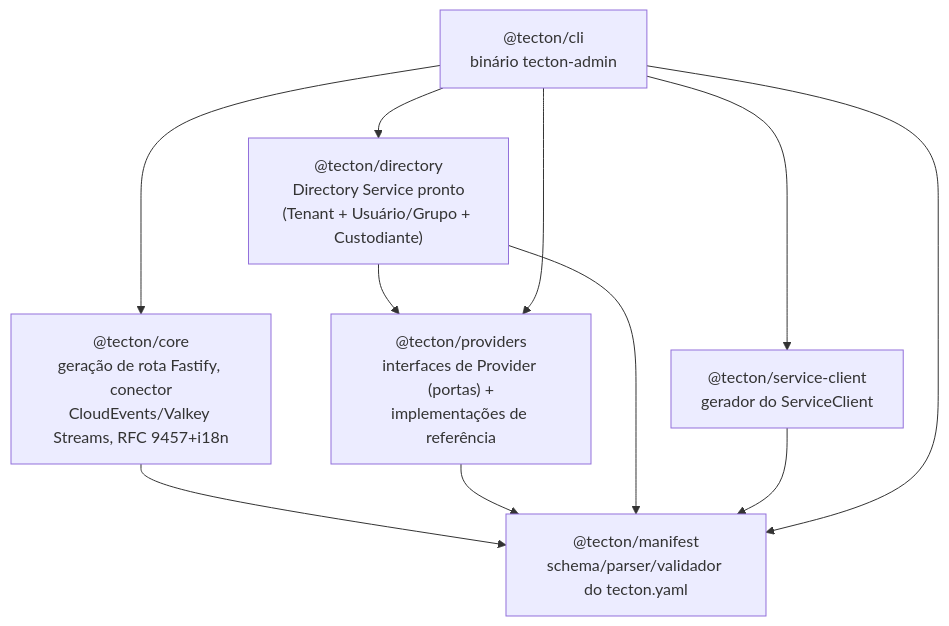
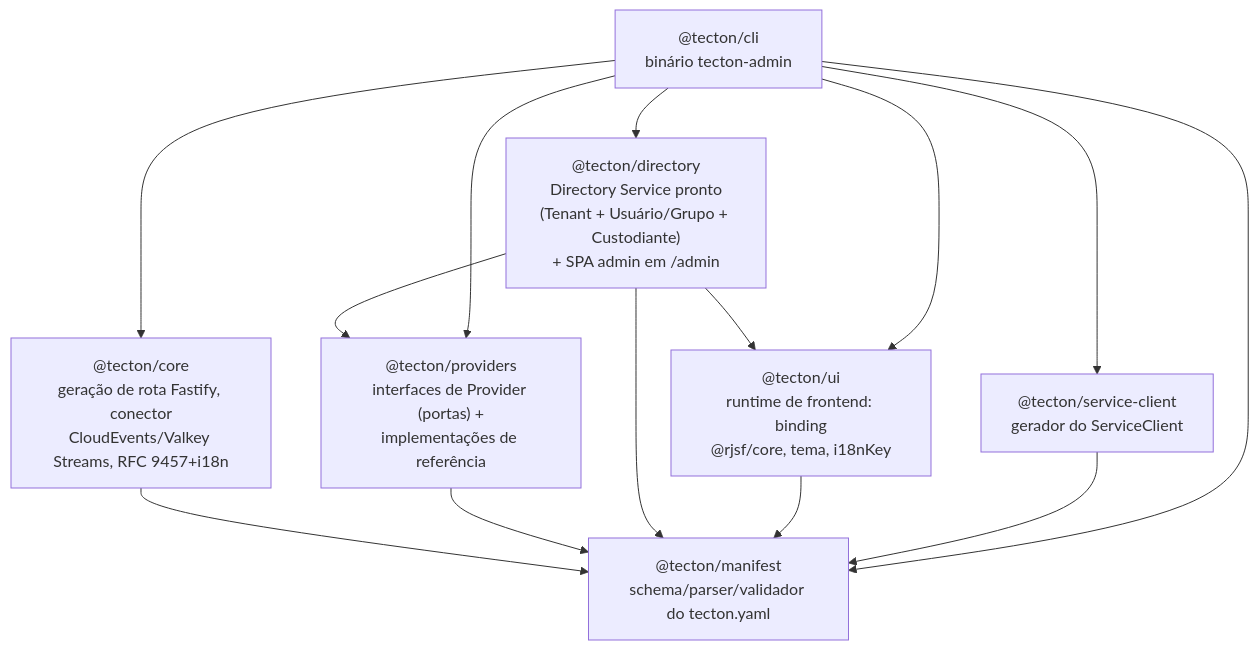
Before and after one commit to rvavretchek/tecton: the first of 8 diagrams in _bmad-output/planning-artifacts/architecture/architecture-Tecton-2026-08-28/UML.md, drawn with Mermaid. The commit also changed other lines of this file and 10 other files, not shown here.

First line of the commit message:
Arquitetura Tecton: adiciona AD-10 (fronteira de frontend @tecton/ui)

````diff
--- a/_bmad-output/planning-artifacts/architecture/architecture-Tecton-2026-08-28/UML.md
+++ b/_bmad-output/planning-artifacts/architecture/architecture-Tecton-2026-08-28/UML.md
@@ -17,20 +17,24 @@
 ```mermaid
 graph TD
     manifest["@tecton/manifest<br/>schema/parser/validador do tecton.yaml"]
     core["@tecton/core<br/>geração de rota Fastify, conector<br/>CloudEvents/Valkey Streams, RFC 9457+i18n"]
     providers["@tecton/providers<br/>interfaces de Provider (portas) +<br/>implementações de referência"]
-    directory["@tecton/directory<br/>Directory Service pronto<br/>(Tenant + Usuário/Grupo + Custodiante)"]
+    directory["@tecton/directory<br/>Directory Service pronto<br/>(Tenant + Usuário/Grupo + Custodiante)<br/>+ SPA admin em /admin"]
     serviceClient["@tecton/service-client<br/>gerador do ServiceClient"]
+    ui["@tecton/ui<br/>runtime de frontend: binding<br/>@rjsf/core, tema, i18nKey"]
     cli["@tecton/cli<br/>binário tecton-admin"]
 
     core --> manifest
     providers --> manifest
     directory --> manifest
     directory --> providers
+    ui --> manifest
+    directory --> ui
     serviceClient --> manifest
     cli --> core
     cli --> providers
     cli --> directory
     cli --> serviceClient
+    cli --> ui
     cli --> manifest
 ```
````
